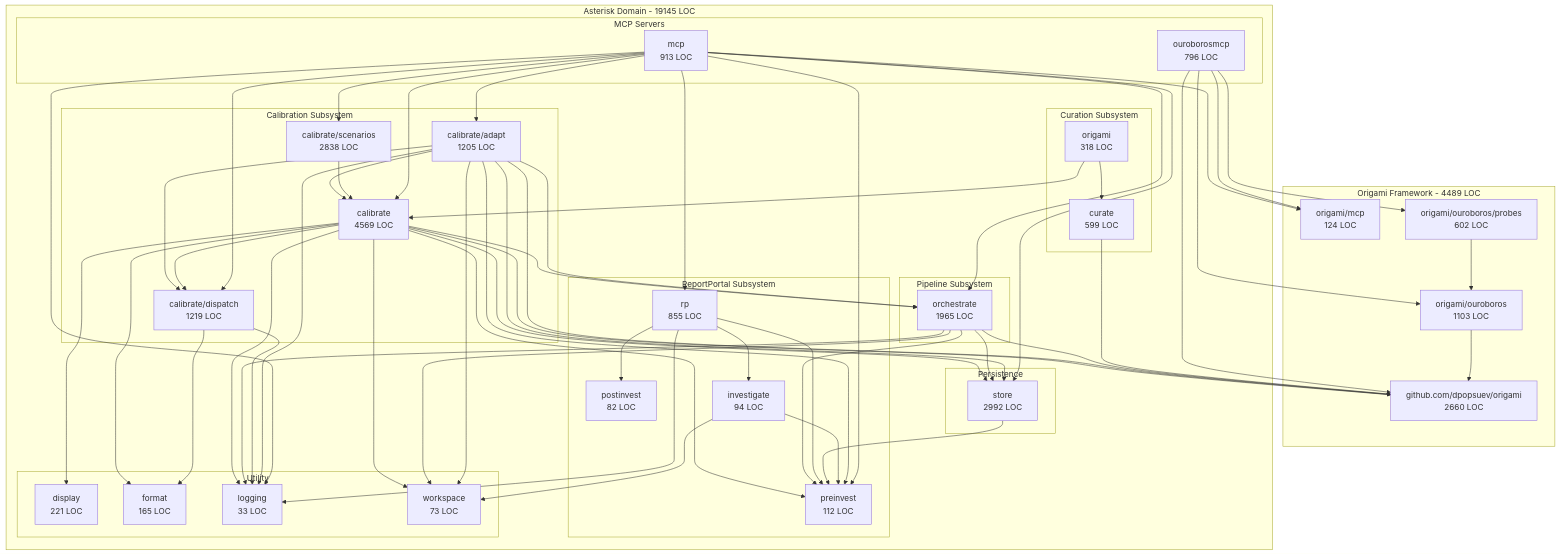
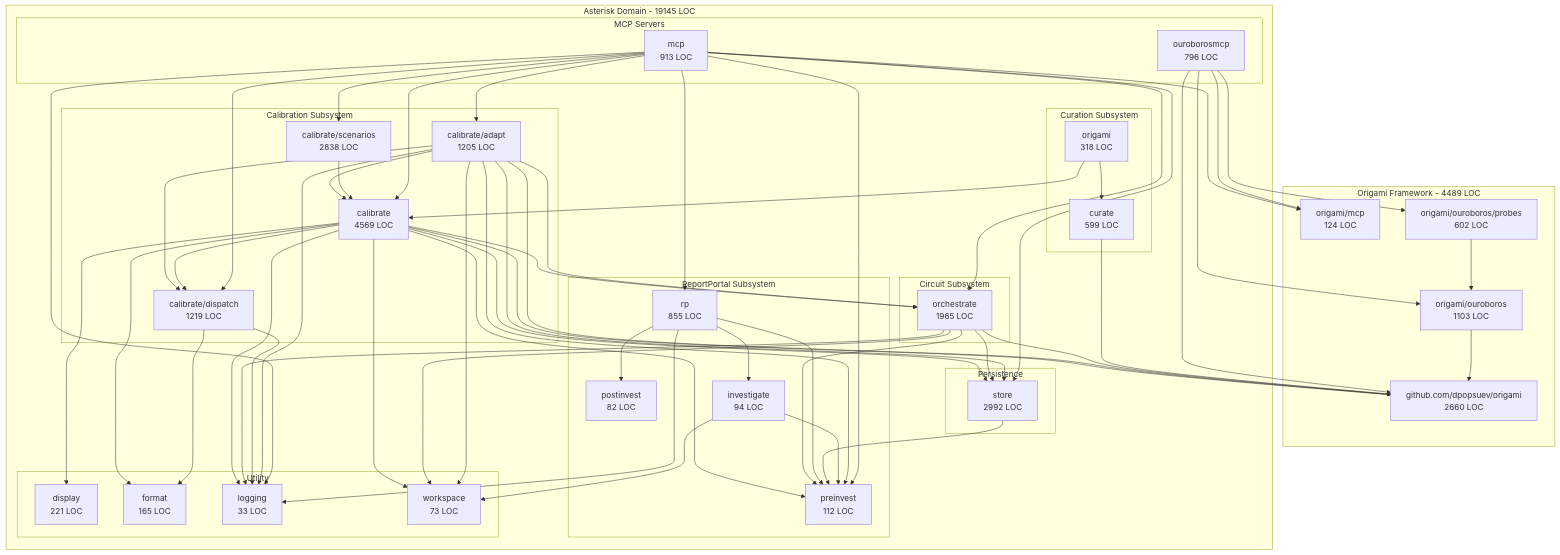
One commit to dpopsuev/origami changed the diagram in .cursor/docs/distillation-manifest.md. Above: the diagram before and after it, drawn with Mermaid. The commit also changed other lines of this file and 315 other files, not shown here.

```diff
--- a/.cursor/docs/distillation-manifest.md
+++ b/.cursor/docs/distillation-manifest.md
@@ -75,7 +75,7 @@
             cal --> dispatch
         end
 
-        subgraph pipeline [Pipeline Subsystem]
+        subgraph circuit [Circuit Subsystem]
             orch["orchestrate<br/>1965 LOC"]
         end
 
```
